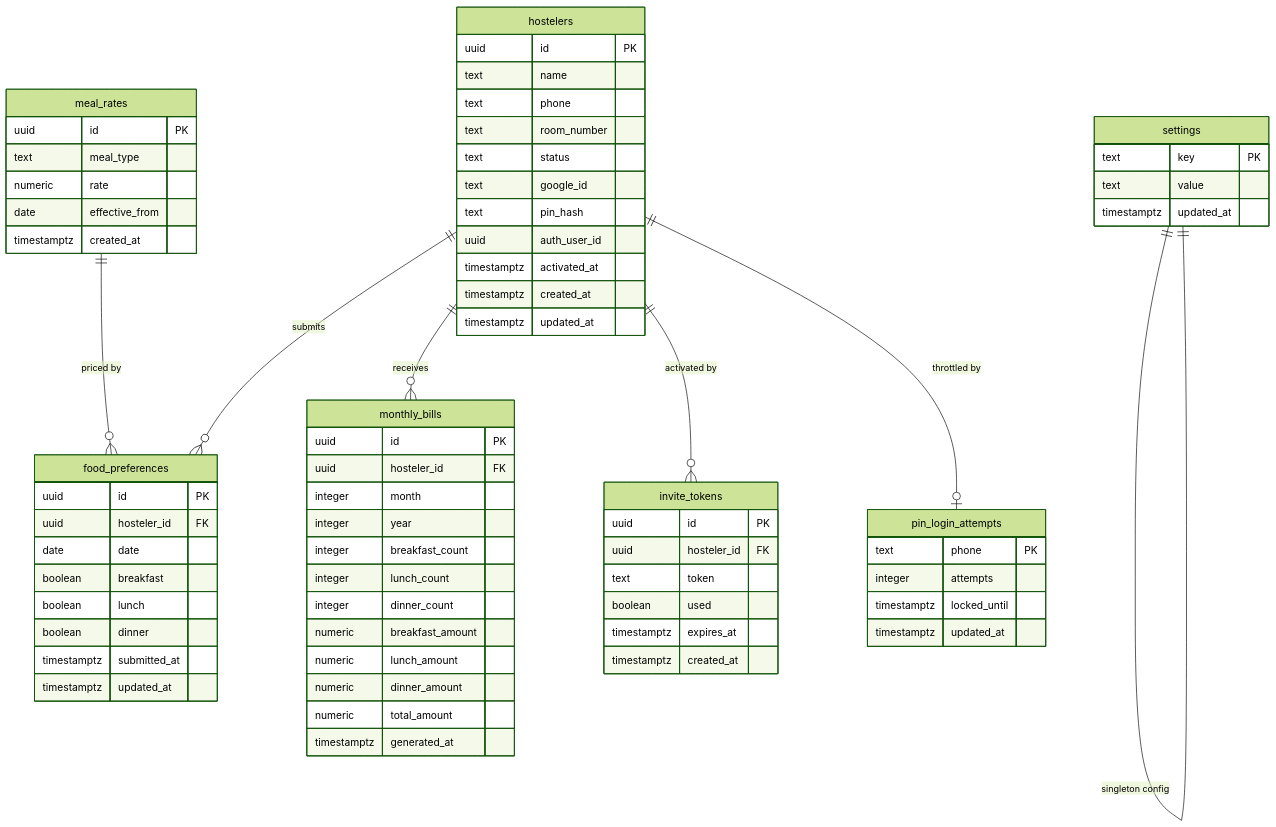
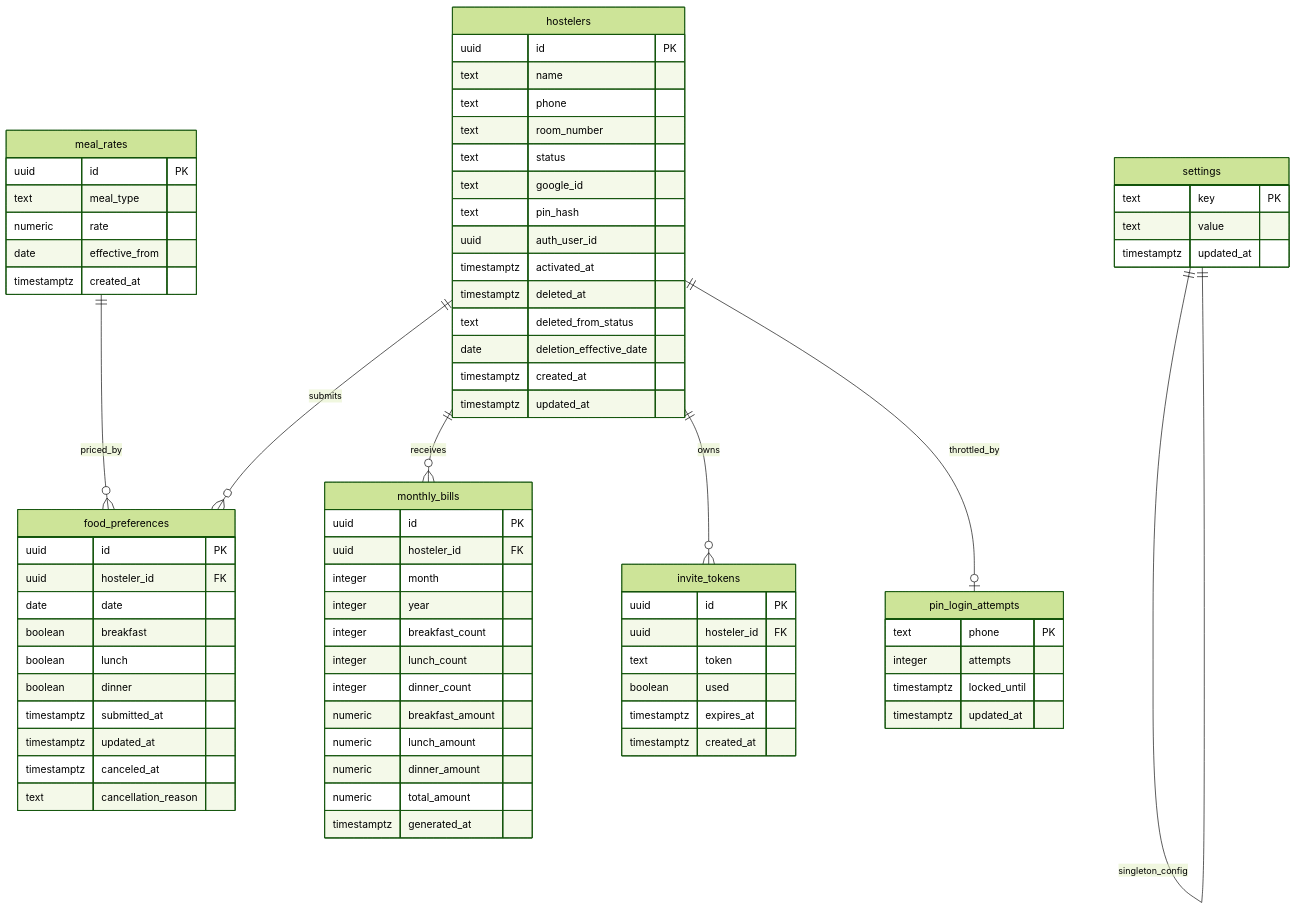
One commit to sri5737/DCastle changed the diagram in specs/001-dcastle-pg-management/data-model.md. Above: the diagram before and after it, drawn with Mermaid (forest theme). The commit also changed other lines of this file and 30 other files, not shown here.

```diff
--- a/specs/001-dcastle-pg-management/data-model.md
+++ b/specs/001-dcastle-pg-management/data-model.md
@@ -8,10 +8,10 @@
 erDiagram
     hostelers ||--o{ food_preferences : submits
     hostelers ||--o{ monthly_bills : receives
-    hostelers ||--o{ invite_tokens : "activated by"
-    hostelers ||--o| pin_login_attempts : "throttled by"
-    meal_rates ||--o{ food_preferences : "priced by"
-    settings ||--|| settings : "singleton config"
+    hostelers ||--o{ invite_tokens : owns
+    hostelers ||--o| pin_login_attempts : throttled_by
+    meal_rates ||--o{ food_preferences : priced_by
+    settings ||--|| settings : singleton_config
 
     hostelers {
         uuid id PK
@@ -23,6 +23,9 @@
         text pin_hash
         uuid auth_user_id
         timestamptz activated_at
+        timestamptz deleted_at
+        text deleted_from_status
+        date deletion_effective_date
         timestamptz created_at
         timestamptz updated_at
     }
@@ -45,6 +48,8 @@
         boolean dinner
         timestamptz submitted_at
         timestamptz updated_at
+        timestamptz canceled_at
+        text cancellation_reason
     }
 
     meal_rates {
```
